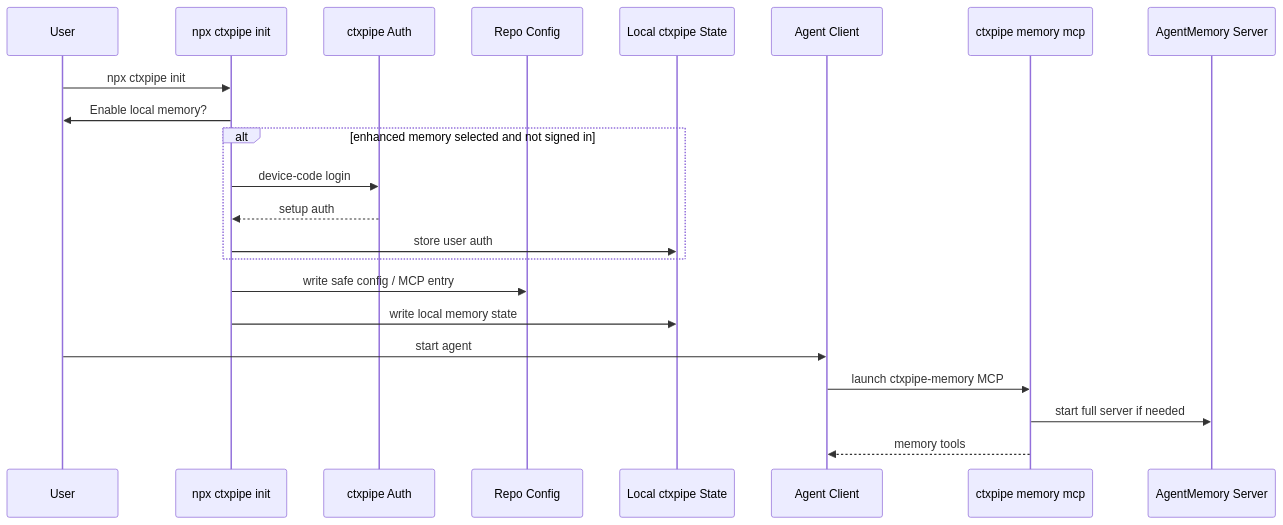
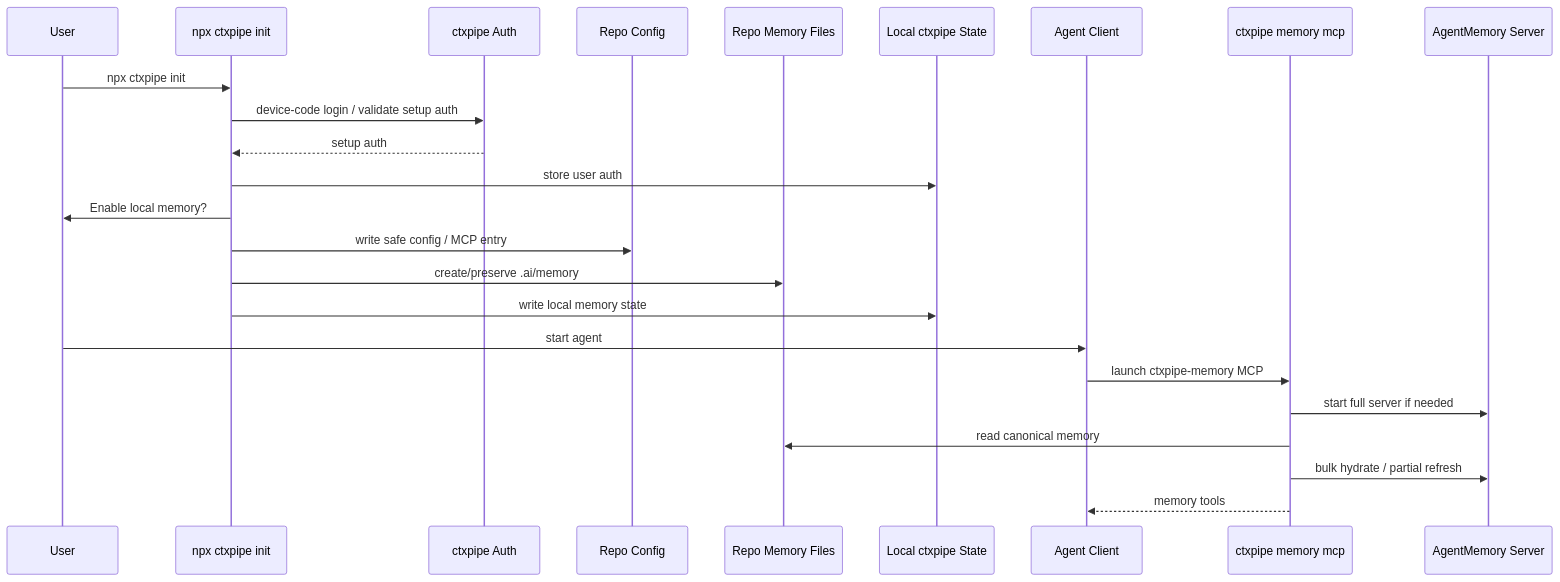
Before and after one commit to ctxpipe-ai/ctxpipe: the first of 2 diagrams in .ai/product/2026-05-25-local-memory.md, drawn with Mermaid. The commit also changed other lines of this file and 1 other file, not shown here.

````diff
--- a/.ai/product/2026-05-25-local-memory.md
+++ b/.ai/product/2026-05-25-local-memory.md
@@ -95,25 +106,27 @@
 ```mermaid
 sequenceDiagram
   participant U as User
   participant CLI as npx ctxpipe init
   participant Auth as ctxpipe Auth
   participant Git as Repo Config
+  participant Files as Repo Memory Files
   participant Local as Local ctxpipe State
   participant Agent as Agent Client
   participant MCP as ctxpipe memory mcp
   participant AM as AgentMemory Server
 
   U->>CLI: npx ctxpipe init
+  CLI->>Auth: device-code login / validate setup auth
+  Auth-->>CLI: setup auth
+  CLI->>Local: store user auth
   CLI->>U: Enable local memory?
-  alt enhanced memory selected and not signed in
-    CLI->>Auth: device-code login
-    Auth-->>CLI: setup auth
-    CLI->>Local: store user auth
-  end
   CLI->>Git: write safe config / MCP entry
+  CLI->>Files: create/preserve .ai/memory
   CLI->>Local: write local memory state
   U->>Agent: start agent
   Agent->>MCP: launch ctxpipe-memory MCP
   MCP->>AM: start full server if needed
+  MCP->>Files: read canonical memory
+  MCP->>AM: bulk hydrate / partial refresh
   MCP-->>Agent: memory tools
 ```
````
